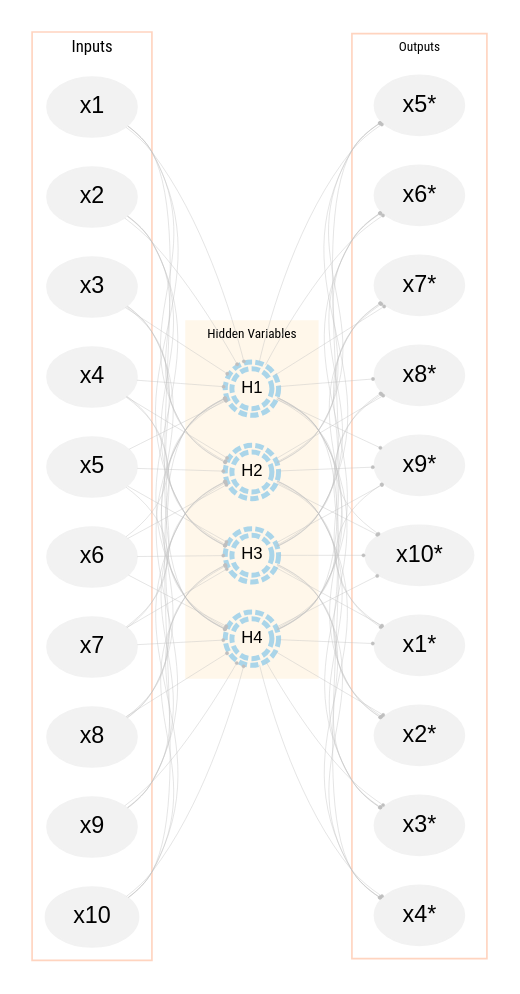
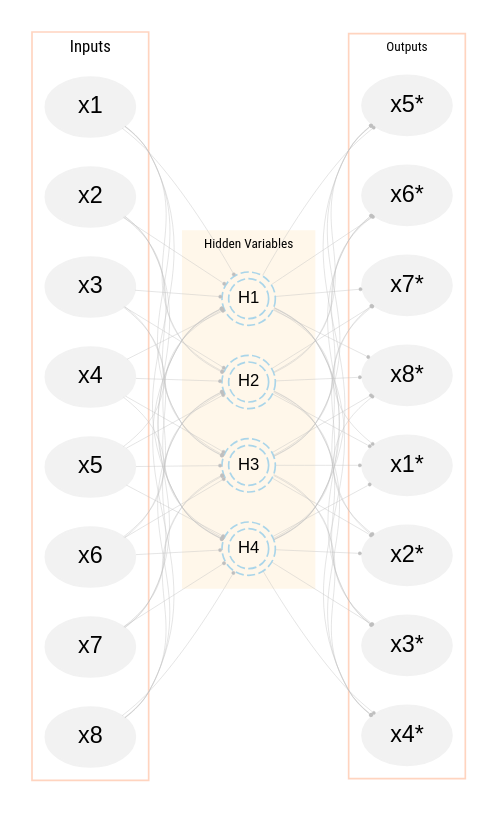
Before and after one commit to m-clark/book-of-models: the diagram in img/pca_as_net.dot, drawn with Graphviz. The commit also changed 23 other files, not shown here.

```diff
--- a/img/pca_as_net.dot
+++ b/img/pca_as_net.dot
@@ -1,134 +1,134 @@
 digraph pca {
     rankdir=LR;
     rank=same;
     node [shape=oval style=filled color=lightblue ordering=out fontname=Helvetica];
     edge [color=gray75 arrowhead=dot arrowsize=0.25 penwidth=0.25];
 
     subgraph cluster_inputs {
         color= "#ff550040";
         label="Inputs";
         fontname="Roboto Condensed";
         fontsize = 10;
         node [color=gray95 ordering=out];
-        x5; x6; x7; x8; x9; x10; x1; x2; x3; x4; 
+        x5; x6; x7; x8; x1; x2; x3; x4; # x9; x10;
     }
 
     subgraph cluster_hidden {
         fontname="Roboto Condensed";
         fontsize = 8;
         bgcolor="#FFEFD580"
         color=transparent;
         label="Hidden Variables";
-        node [fixedsize=True fontsize =10 width=.33 color = "#56B4E980" shape=doublecircle style=dashed penwidth=3];
+        node [fixedsize=True fontsize =10 width=.33 color = "#56B4E980" shape=doublecircle style=dashed penwidth=1];
         H1; H2; H3; H4;
     }
 
     subgraph cluster_outputs {
         fontname="Roboto Condensed";
         fontsize = 8;
         color= "#ff550040";
         label="Outputs";
         node [color=gray95 ];
               
         
-        y9[label = "x9*"]; y10[label = "x10*"]; 
+        // y9[label = "x9*"]; y10[label = "x10*"]; 
         y1[label = "x1*"]; y2[label = "x2*"]; 
         y3[label = "x3*"]; y4[label = "x4*"]; 
         y5 [label = "x5*"]; y6[label = "x6*"];  
         y7[label = "x7*"]; y8[label = "x8*"]; 
     }
 
     x1 -> H1;
     x2 -> H1;
     x3 -> H1;
     x4 -> H1;
     x5 -> H1;
     x6 -> H1;
     x7 -> H1;
     x8 -> H1;
-    x9 -> H1;
-    x10 -> H1;
+    // x9 -> H1;
+    // x10 -> H1;
 
     x1 -> H2;
     x2 -> H2;
     x3 -> H2;
     x4 -> H2;
     x5 -> H2;
     x6 -> H2;
     x7 -> H2;
     x8 -> H2;
-    x9 -> H2;
-    x10 -> H2;
+    // x9 -> H2;
+    // x10 -> H2;
 
     x1 -> H3;
     x2 -> H3;
     x3 -> H3;
     x4 -> H3;
     x5 -> H3;
     x6 -> H3;
     x7 -> H3;
     x8 -> H3;
-    x9 -> H3;
-    x10 -> H3;
+    // x9 -> H3;
+    // x10 -> H3;
 
     x1 -> H4;
     x2 -> H4;
     x3 -> H4;
     x4 -> H4;
     x5 -> H4;
     x6 -> H4;
     x7 -> H4;
     x8 -> H4;
-    x9 -> H4;
-    x10 -> H4;
+    // x9 -> H4;
+    // x10 -> H4;
 
     H1 -> y1;
     H2 -> y1;
     H3 -> y1;
     H4 -> y1;
     
     H1 -> y2;
     H2 -> y2;
     H3 -> y2;
     H4 -> y2;
 
     H1 -> y3;
     H2 -> y3;
     H3 -> y3;
     H4 -> y3;
 
     H1 -> y4;
     H2 -> y4;
     H3 -> y4;
     H4 -> y4;
 
     H1 -> y5;
     H2 -> y5;
     H3 -> y5;
     H4 -> y5;
 
     H1 -> y6;
     H2 -> y6;
     H3 -> y6;
     H4 -> y6;
 
     H1 -> y7;
     H2 -> y7;
     H3 -> y7;
     H4 -> y7;
 
     H1 -> y8;
     H2 -> y8;
     H3 -> y8;
     H4 -> y8;
 
-    H1 -> y9;
-    H2 -> y9;
-    H3 -> y9;
-    H4 -> y9;
+    // H1 -> y9;
+    // H2 -> y9;
+    // H3 -> y9;
+    // H4 -> y9;
 
-    H1 -> y10;
-    H2 -> y10;
-    H3 -> y10;
-    H4 -> y10;
+    // H1 -> y10;
+    // H2 -> y10;
+    // H3 -> y10;
+    // H4 -> y10;
 }
```
